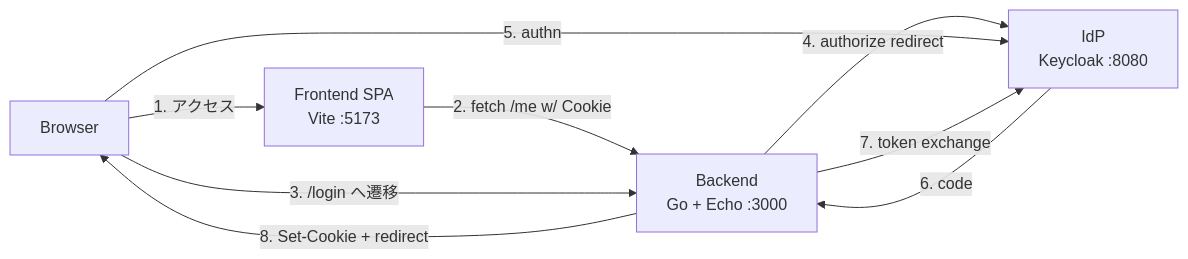
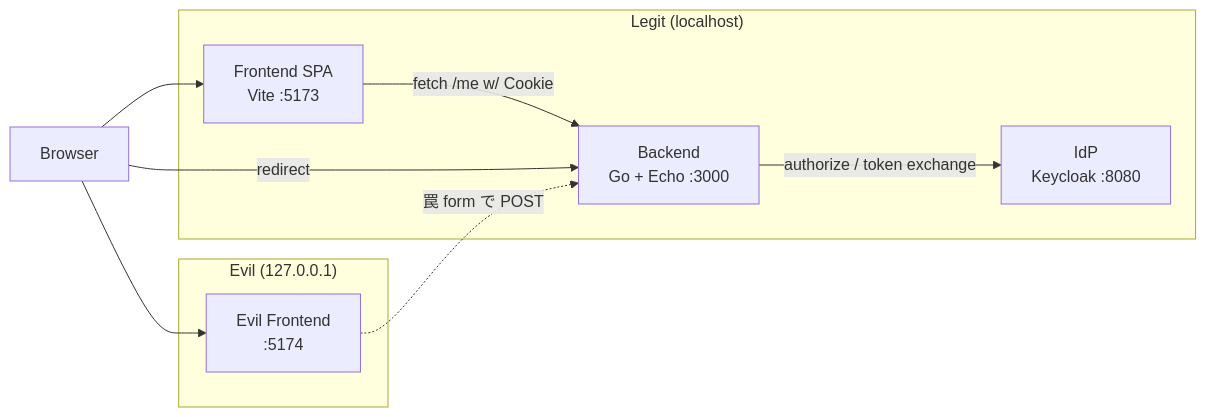
One commit to amaiguna/auth-tuto changed the diagram in README.md. Above: the diagram before and after it, drawn with Mermaid. The commit also changed other lines of this file and 3 other files, not shown here.

````diff
--- a/README.md
+++ b/README.md
@@ -19,11 +19,17 @@
 ```mermaid
 flowchart LR
-    Browser[Browser] -->|1. アクセス| FE[Frontend SPA<br/>Vite :5173]
-    FE -->|2. fetch /me w/ Cookie| BE[Backend<br/>Go + Echo :3000]
-    Browser -->|3. /login へ遷移| BE
-    BE -->|4. authorize redirect| IdP[IdP<br/>Keycloak :8080]
-    Browser -->|5. authn| IdP
-    IdP -->|6. code| BE
-    BE -->|7. token exchange| IdP
-    BE -->|8. Set-Cookie + redirect| Browser
+    subgraph Legit["Legit (localhost)"]
+        FE[Frontend SPA<br/>Vite :5173]
+        BE[Backend<br/>Go + Echo :3000]
+        IdP[IdP<br/>Keycloak :8080]
+    end
+    subgraph Evil["Evil (127.0.0.1)"]
+        EVIL[Evil Frontend<br/>:5174]
+    end
+    Browser[Browser] --> FE
+    Browser --> EVIL
+    FE -->|fetch /me w/ Cookie| BE
+    Browser -->|redirect| BE
+    BE -->|authorize / token exchange| IdP
+    EVIL -.->|罠 form で POST| BE
 ```
````
